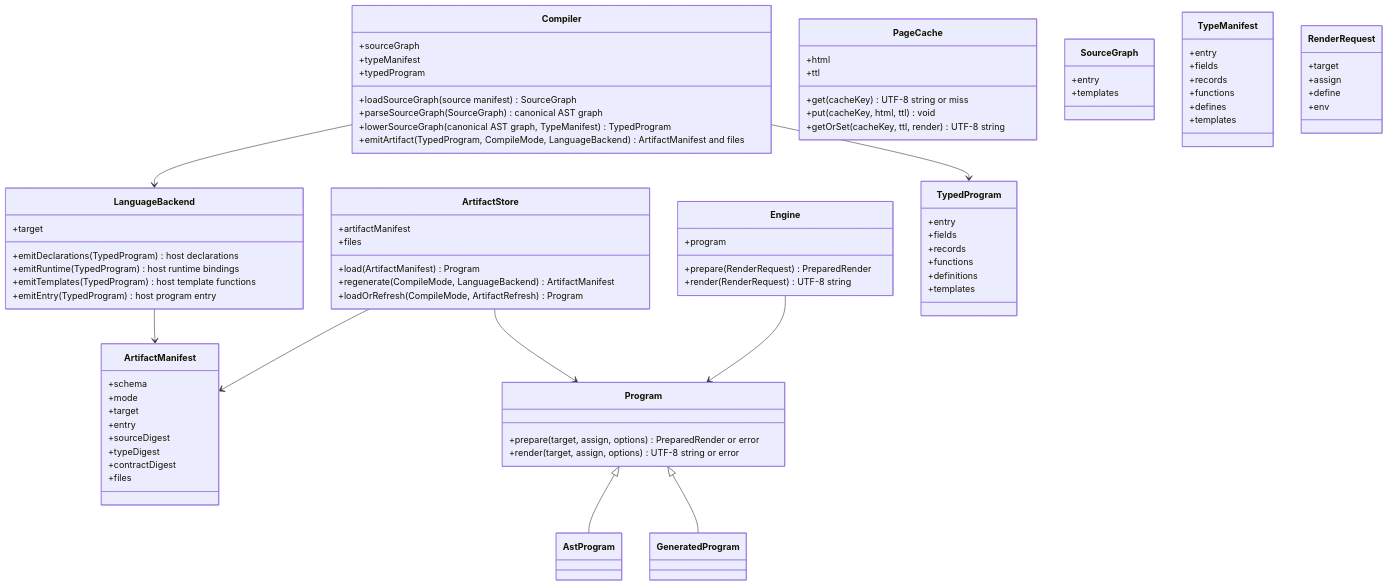
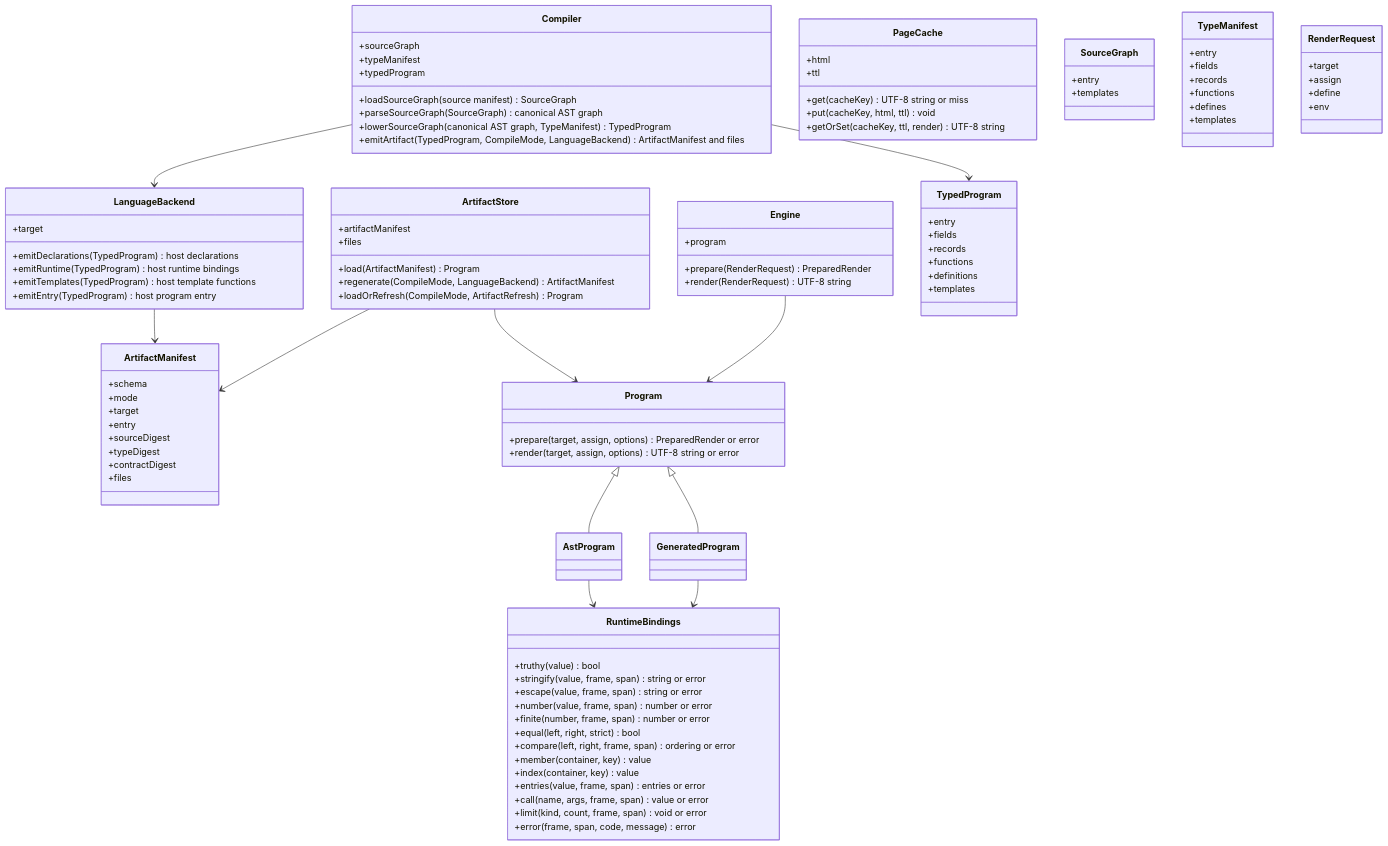
Before and after one commit to polyspec/template: the diagram in tools/compiler/generated/compiler-classes.mmd, drawn with Mermaid. The commit also changed 31 other files, not shown here.

```diff
--- a/tools/compiler/generated/compiler-classes.mmd
+++ b/tools/compiler/generated/compiler-classes.mmd
@@ -1,86 +1,103 @@
 classDiagram
   class Compiler {
     +sourceGraph
     +typeManifest
     +typedProgram
     +loadSourceGraph(source manifest) SourceGraph
     +parseSourceGraph(SourceGraph) canonical AST graph
     +lowerSourceGraph(canonical AST graph, TypeManifest) TypedProgram
     +emitArtifact(TypedProgram, CompileMode, LanguageBackend) ArtifactManifest and files
   }
   class LanguageBackend {
     +target
     +emitDeclarations(TypedProgram) host declarations
     +emitRuntime(TypedProgram) host runtime bindings
     +emitTemplates(TypedProgram) host template functions
     +emitEntry(TypedProgram) host program entry
   }
   class ArtifactStore {
     +artifactManifest
     +files
     +load(ArtifactManifest) Program
     +regenerate(CompileMode, LanguageBackend) ArtifactManifest
     +loadOrRefresh(CompileMode, ArtifactRefresh) Program
   }
   class Engine {
     +program
     +prepare(RenderRequest) PreparedRender
     +render(RenderRequest) UTF-8 string
   }
   class PageCache {
     +html
     +ttl
     +get(cacheKey) UTF-8 string or miss
     +put(cacheKey, html, ttl) void
     +getOrSet(cacheKey, ttl, render) UTF-8 string
   }
   class SourceGraph {
     +entry
     +templates
   }
   class TypeManifest {
     +entry
     +fields
     +records
     +functions
     +defines
     +templates
   }
   class TypedProgram {
     +entry
     +fields
     +records
     +functions
     +definitions
     +templates
   }
   class ArtifactManifest {
     +schema
     +mode
     +target
     +entry
     +sourceDigest
     +typeDigest
     +contractDigest
     +files
   }
   class RenderRequest {
     +target
     +assign
     +define
     +env
   }
   class Program {
     +prepare(target, assign, options) PreparedRender or error
     +render(target, assign, options) UTF-8 string or error
   }
   class AstProgram
   class GeneratedProgram
+  class RuntimeBindings {
+    +truthy(value) bool
+    +stringify(value, frame, span) string or error
+    +escape(value, frame, span) string or error
+    +number(value, frame, span) number or error
+    +finite(number, frame, span) number or error
+    +equal(left, right, strict) bool
+    +compare(left, right, frame, span) ordering or error
+    +member(container, key) value
+    +index(container, key) value
+    +entries(value, frame, span) entries or error
+    +call(name, args, frame, span) value or error
+    +limit(kind, count, frame, span) void or error
+    +error(frame, span, code, message) error
+  }
   Program <|-- AstProgram
   Program <|-- GeneratedProgram
   Compiler --> TypedProgram
   Compiler --> LanguageBackend
   LanguageBackend --> ArtifactManifest
   ArtifactStore --> ArtifactManifest
   ArtifactStore --> Program
   Engine --> Program
+  AstProgram --> RuntimeBindings
+  GeneratedProgram --> RuntimeBindings
```
